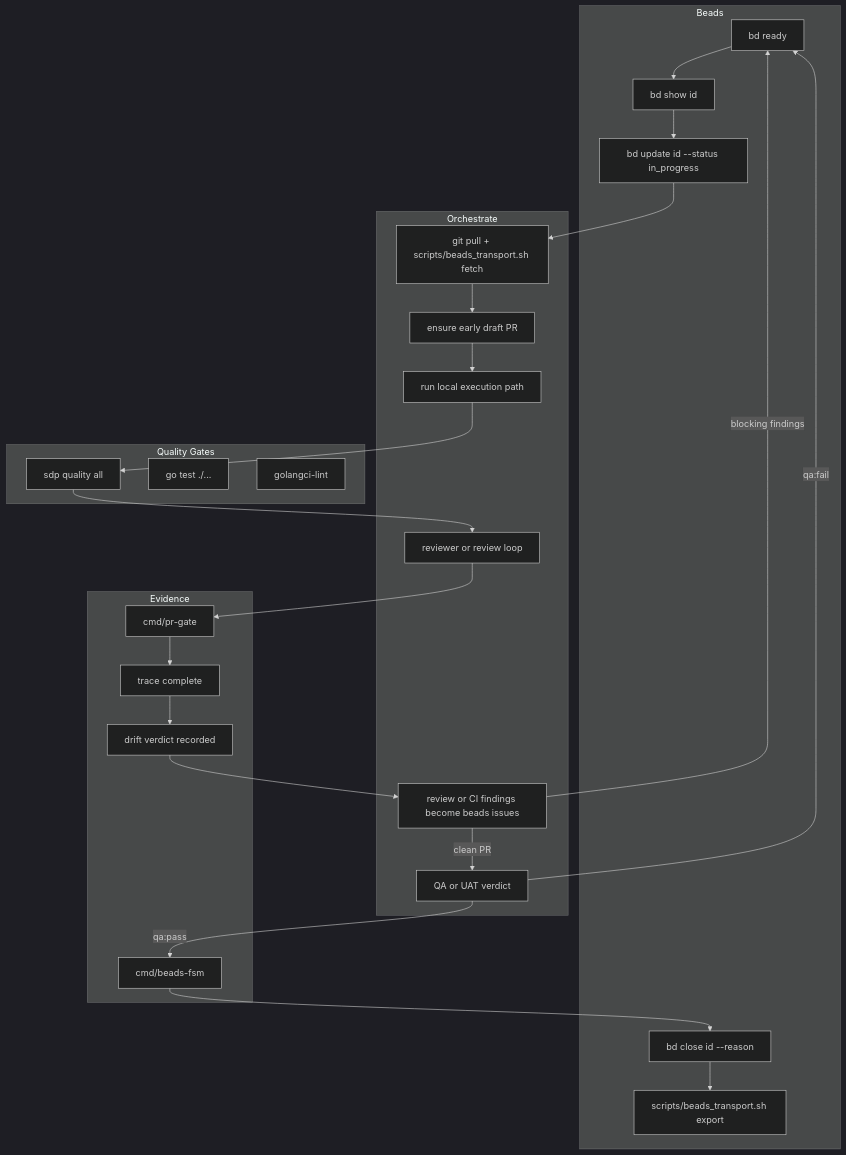
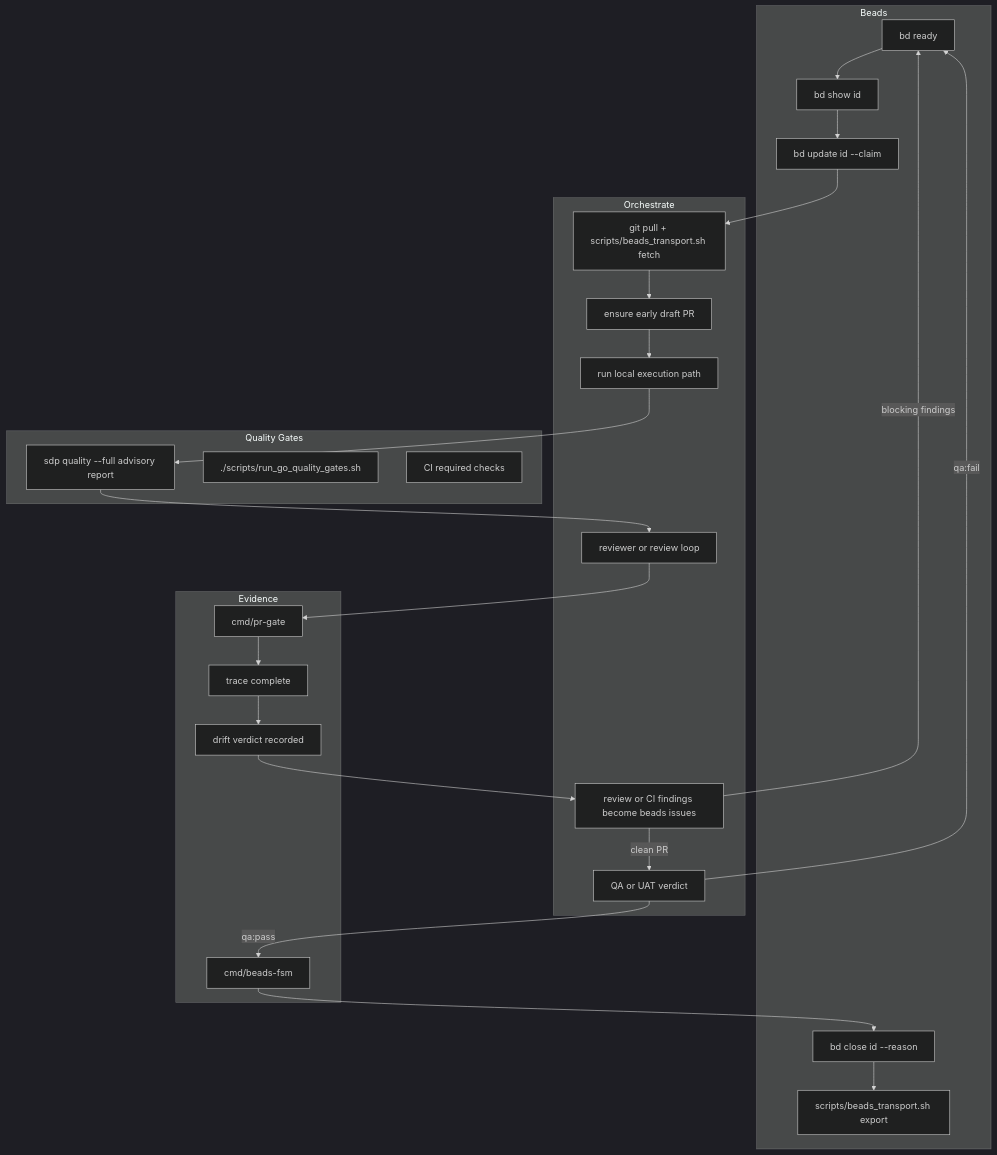
One commit to fall-out-bug/sdp_lab changed the diagram in docs/SDP_OPERATOR_WORKFLOW.md. Above: the diagram before and after it, drawn with Mermaid (dark theme). The commit also changed other lines of this file and 27 other files, not shown here.

````diff
--- a/docs/SDP_OPERATOR_WORKFLOW.md
+++ b/docs/SDP_OPERATOR_WORKFLOW.md
@@ -28,41 +28,41 @@
 ```mermaid
 flowchart TD
     subgraph beads [Beads]
         Ready[bd ready]
         Show[bd show id]
-        Claim[bd update id --status in_progress]
+        Claim[bd update id --claim]
         Close[bd close id --reason]
         Export[scripts/beads_transport.sh export]
     end
 
     subgraph orchestrate [Orchestrate]
         Preflight[git pull + scripts/beads_transport.sh fetch]
         DraftPR[ensure early draft PR]
         Execute[run local execution path]
         Reviewer[reviewer or review loop]
         Findings[review or CI findings become beads issues]
         QA[QA or UAT verdict]
     end
 
     subgraph quality [Quality Gates]
-        SDP[sdp quality all]
-        Tests[go test ./...]
-        Lint[golangci-lint]
+        SDP[sdp quality --full advisory report]
+        Tests[./scripts/run_go_quality_gates.sh]
+        Lint[CI required checks]
     end
 
     subgraph evidence [Evidence]
         FSM[cmd/beads-fsm]
         PRGate[cmd/pr-gate]
         Trace[trace complete]
         Drift[drift verdict recorded]
     end
 
     Ready --> Show --> Claim
     Claim --> Preflight --> DraftPR --> Execute
     Execute --> SDP --> Reviewer
     Reviewer --> PRGate --> Trace --> Drift --> Findings
     Findings -->|blocking findings| Ready
     Findings -->|clean PR| QA
     QA -->|qa:fail| Ready
     QA -->|qa:pass| FSM --> Close --> Export
 ```
````
